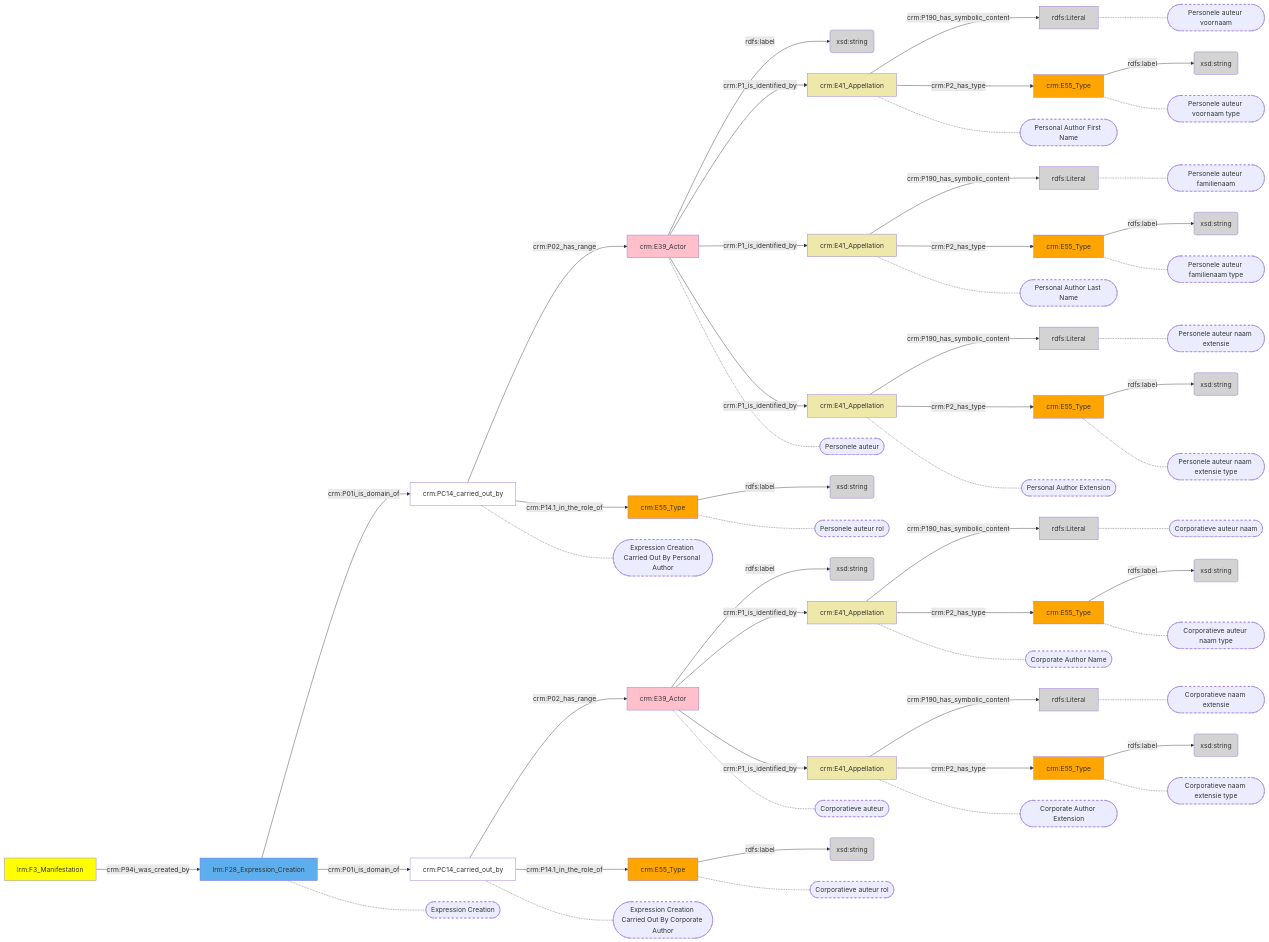
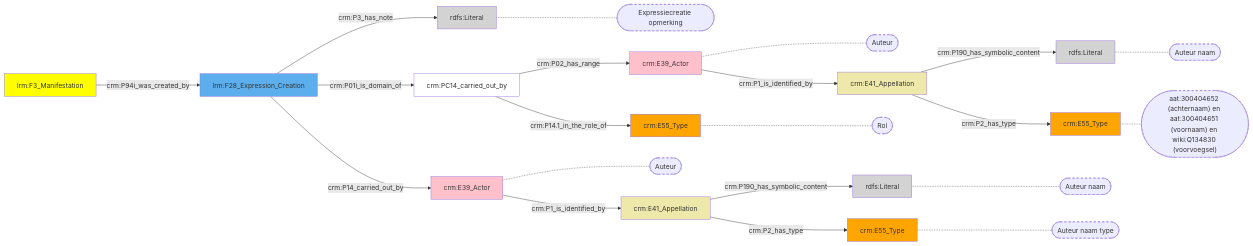
One commit to digipolisantwerpdocumentation/antwerp-cultureel-erfgoed changed the diagram in docs/content/modellen/BibliographicalManifestation/ExpressieCreatie.md. Above: the diagram before and after it, drawn with Mermaid. The commit also changed 170 other files, not shown here.

````diff
--- a/docs/content/modellen/BibliographicalManifestation/ExpressieCreatie.md
+++ b/docs/content/modellen/BibliographicalManifestation/ExpressieCreatie.md
@@ -1,110 +1,44 @@
 ```mermaid
 graph LR
-af0a4c36-8e9a-11ee-8f9d-96a6d245525a["crm:E41_Appellation"]-->|"crm:P190_has_symbolic_content"|af0a4cb8-8e9a-11ee-8f9d-96a6d245525a(rdfs:Literal)
-af0a4d1c-8e9a-11ee-8f9d-96a6d245525a["crm:E55_Type"]-->|"rdfs:label"|af0a4d94-8e9a-11ee-8f9d-96a6d245525a(xsd:string)
-af0a4df8-8e9a-11ee-8f9d-96a6d245525a["crm:E55_Type"]-->|"rdfs:label"|af0a4b96-8e9a-11ee-8f9d-96a6d245525a(xsd:string)
-af0a4e70-8e9a-11ee-8f9d-96a6d245525a["crm:E41_Appellation"]-->|"crm:P190_has_symbolic_content"|af0a4ed4-8e9a-11ee-8f9d-96a6d245525a(rdfs:Literal)
-af0a4f42-8e9a-11ee-8f9d-96a6d245525a["crm:E55_Type"]-->|"rdfs:label"|af0a4fb0-8e9a-11ee-8f9d-96a6d245525a(xsd:string)
-af0a508c-8e9a-11ee-8f9d-96a6d245525a["crm:E41_Appellation"]-->|"crm:P190_has_symbolic_content"|af0a50f0-8e9a-11ee-8f9d-96a6d245525a(rdfs:Literal)
-af0a515e-8e9a-11ee-8f9d-96a6d245525a["crm:E55_Type"]-->|"rdfs:label"|af0a51b8-8e9a-11ee-8f9d-96a6d245525a(xsd:string)
+style 17e0efec-8e93-11ee-8f9d-96a6d245525a fill:#ffff00
+style 3d7e775f-1848-11ef-a147-960002548b4f fill:#ffc0cb
+style 69462efa-1848-11ef-914b-960002548b4f fill:#EEE8AA
+style 69463102-1848-11ef-a693-960002548b4f fill:#ffa500
+style 69463232-1848-11ef-ae1a-960002548b4f fill:#D3D3D3
+style af0a497a-8e9a-11ee-8f9d-96a6d245525a fill:#5DAEEC
+style af0a4df8-8e9a-11ee-8f9d-96a6d245525a fill:#ffa500
+style af0a5226-8e9a-11ee-8f9d-96a6d245525a fill:#EEE8AA
+style af0a5294-8e9a-11ee-8f9d-96a6d245525a fill:#D3D3D3
+style af0a52ee-8e9a-11ee-8f9d-96a6d245525a fill:#ffa500
+style af0a53c0-8e9a-11ee-8f9d-96a6d245525a fill:#ffffff
+style af0a564a-8e9a-11ee-8f9d-96a6d245525a fill:#ffc0cb
+style c33ed099-18d5-11ef-9bf2-960002548b4f fill:#D3D3D3
+69462efa-1848-11ef-914b-960002548b4f["crm:E41_Appellation"]-->|"crm:P190_has_symbolic_content"|69463232-1848-11ef-ae1a-960002548b4f(rdfs:Literal)
+af0a497a-8e9a-11ee-8f9d-96a6d245525a["lrm:F28_Expression_Creation"]-->|"crm:P3_has_note"|c33ed099-18d5-11ef-9bf2-960002548b4f(rdfs:Literal)
 af0a5226-8e9a-11ee-8f9d-96a6d245525a["crm:E41_Appellation"]-->|"crm:P190_has_symbolic_content"|af0a5294-8e9a-11ee-8f9d-96a6d245525a(rdfs:Literal)
-af0a52ee-8e9a-11ee-8f9d-96a6d245525a["crm:E55_Type"]-->|"rdfs:label"|af0a5366-8e9a-11ee-8f9d-96a6d245525a(xsd:string)
-af0a542e-8e9a-11ee-8f9d-96a6d245525a["crm:E41_Appellation"]-->|"crm:P190_has_symbolic_content"|af0a54a6-8e9a-11ee-8f9d-96a6d245525a(rdfs:Literal)
-af0a550a-8e9a-11ee-8f9d-96a6d245525a["crm:E55_Type"]-->|"rdfs:label"|af0a5578-8e9a-11ee-8f9d-96a6d245525a(xsd:string)
-af0a564a-8e9a-11ee-8f9d-96a6d245525a["crm:E39_Actor"]-->|"rdfs:label"|af0a56ae-8e9a-11ee-8f9d-96a6d245525a(xsd:string)
-af0a5712-8e9a-11ee-8f9d-96a6d245525a["crm:E55_Type"]-->|"rdfs:label"|af0a55dc-8e9a-11ee-8f9d-96a6d245525a(xsd:string)
-af0a5780-8e9a-11ee-8f9d-96a6d245525a["crm:E39_Actor"]-->|"rdfs:label"|af0a501e-8e9a-11ee-8f9d-96a6d245525a(xsd:string)
-17e0efec-8e93-11ee-8f9d-96a6d245525a["lrm:F3_Manifestation"]-->|"crm:P94i_was_created_by"|af0a497a-8e9a-11ee-8f9d-96a6d245525a["lrm:F28_Expression_Creation"]
-af0a497a-8e9a-11ee-8f9d-96a6d245525a["lrm:F28_Expression_Creation"]-->|"crm:P01i_is_domain_of"|af0a53c0-8e9a-11ee-8f9d-96a6d245525a["crm:PC14_carried_out_by"]
-af0a497a-8e9a-11ee-8f9d-96a6d245525a["lrm:F28_Expression_Creation"]-->|"crm:P01i_is_domain_of"|af0a57da-8e9a-11ee-8f9d-96a6d245525a["crm:PC14_carried_out_by"]
-af0a4c36-8e9a-11ee-8f9d-96a6d245525a["crm:E41_Appellation"]-->|"crm:P2_has_type"|af0a4d1c-8e9a-11ee-8f9d-96a6d245525a["crm:E55_Type"]
-af0a4e70-8e9a-11ee-8f9d-96a6d245525a["crm:E41_Appellation"]-->|"crm:P2_has_type"|af0a4f42-8e9a-11ee-8f9d-96a6d245525a["crm:E55_Type"]
-af0a508c-8e9a-11ee-8f9d-96a6d245525a["crm:E41_Appellation"]-->|"crm:P2_has_type"|af0a515e-8e9a-11ee-8f9d-96a6d245525a["crm:E55_Type"]
-af0a5226-8e9a-11ee-8f9d-96a6d245525a["crm:E41_Appellation"]-->|"crm:P2_has_type"|af0a52ee-8e9a-11ee-8f9d-96a6d245525a["crm:E55_Type"]
-af0a53c0-8e9a-11ee-8f9d-96a6d245525a["crm:PC14_carried_out_by"]-->|"crm:P02_has_range"|af0a564a-8e9a-11ee-8f9d-96a6d245525a["crm:E39_Actor"]
-af0a53c0-8e9a-11ee-8f9d-96a6d245525a["crm:PC14_carried_out_by"]-->|"crm:P14.1_in_the_role_of"|af0a4df8-8e9a-11ee-8f9d-96a6d245525a["crm:E55_Type"]
-af0a542e-8e9a-11ee-8f9d-96a6d245525a["crm:E41_Appellation"]-->|"crm:P2_has_type"|af0a550a-8e9a-11ee-8f9d-96a6d245525a["crm:E55_Type"]
-af0a564a-8e9a-11ee-8f9d-96a6d245525a["crm:E39_Actor"]-->|"crm:P1_is_identified_by"|af0a4c36-8e9a-11ee-8f9d-96a6d245525a["crm:E41_Appellation"]
-af0a564a-8e9a-11ee-8f9d-96a6d245525a["crm:E39_Actor"]-->|"crm:P1_is_identified_by"|af0a508c-8e9a-11ee-8f9d-96a6d245525a["crm:E41_Appellation"]
-af0a564a-8e9a-11ee-8f9d-96a6d245525a["crm:E39_Actor"]-->|"crm:P1_is_identified_by"|af0a5226-8e9a-11ee-8f9d-96a6d245525a["crm:E41_Appellation"]
-af0a5780-8e9a-11ee-8f9d-96a6d245525a["crm:E39_Actor"]-->|"crm:P1_is_identified_by"|af0a4e70-8e9a-11ee-8f9d-96a6d245525a["crm:E41_Appellation"]
-af0a5780-8e9a-11ee-8f9d-96a6d245525a["crm:E39_Actor"]-->|"crm:P1_is_identified_by"|af0a542e-8e9a-11ee-8f9d-96a6d245525a["crm:E41_Appellation"]
-af0a57da-8e9a-11ee-8f9d-96a6d245525a["crm:PC14_carried_out_by"]-->|"crm:P02_has_range"|af0a5780-8e9a-11ee-8f9d-96a6d245525a["crm:E39_Actor"]
-af0a57da-8e9a-11ee-8f9d-96a6d245525a["crm:PC14_carried_out_by"]-->|"crm:P14.1_in_the_role_of"|af0a5712-8e9a-11ee-8f9d-96a6d245525a["crm:E55_Type"]
-af0a497a-8e9a-11ee-8f9d-96a6d245525a["lrm:F28_Expression_Creation"]-.-af0a497a-8e9a-11ee-8f9d-96a6d245525a_s(["Expression Creation"])
-af0a53c0-8e9a-11ee-8f9d-96a6d245525a["crm:PC14_carried_out_by"]-.-af0a53c0-8e9a-11ee-8f9d-96a6d245525a_s(["Expression Creation Carried Out By Personal Author"])
-af0a57da-8e9a-11ee-8f9d-96a6d245525a["crm:PC14_carried_out_by"]-.-af0a57da-8e9a-11ee-8f9d-96a6d245525a_s(["Expression Creation Carried Out By Corporate Author"])
-af0a4cb8-8e9a-11ee-8f9d-96a6d245525a["rdfs:Literal"]-.-af0a4cb8-8e9a-11ee-8f9d-96a6d245525a_s(["Personele auteur voornaam"])
-af0a4d1c-8e9a-11ee-8f9d-96a6d245525a["crm:E55_Type"]-.-af0a4d1c-8e9a-11ee-8f9d-96a6d245525a_s(["Personele auteur voornaam type"])
-af0a4ed4-8e9a-11ee-8f9d-96a6d245525a["rdfs:Literal"]-.-af0a4ed4-8e9a-11ee-8f9d-96a6d245525a_s(["Corporatieve auteur naam"])
-af0a4f42-8e9a-11ee-8f9d-96a6d245525a["crm:E55_Type"]-.-af0a4f42-8e9a-11ee-8f9d-96a6d245525a_s(["Corporatieve auteur naam type"])
-af0a50f0-8e9a-11ee-8f9d-96a6d245525a["rdfs:Literal"]-.-af0a50f0-8e9a-11ee-8f9d-96a6d245525a_s(["Personele auteur familienaam"])
-af0a515e-8e9a-11ee-8f9d-96a6d245525a["crm:E55_Type"]-.-af0a515e-8e9a-11ee-8f9d-96a6d245525a_s(["Personele auteur familienaam type"])
-af0a5294-8e9a-11ee-8f9d-96a6d245525a["rdfs:Literal"]-.-af0a5294-8e9a-11ee-8f9d-96a6d245525a_s(["Personele auteur naam extensie"])
-af0a52ee-8e9a-11ee-8f9d-96a6d245525a["crm:E55_Type"]-.-af0a52ee-8e9a-11ee-8f9d-96a6d245525a_s(["Personele auteur naam extensie type"])
-af0a564a-8e9a-11ee-8f9d-96a6d245525a["crm:E39_Actor"]-.-af0a564a-8e9a-11ee-8f9d-96a6d245525a_s(["Personele auteur"])
-af0a4df8-8e9a-11ee-8f9d-96a6d245525a["crm:E55_Type"]-.-af0a4df8-8e9a-11ee-8f9d-96a6d245525a_s(["Personele auteur rol"])
-af0a54a6-8e9a-11ee-8f9d-96a6d245525a["rdfs:Literal"]-.-af0a54a6-8e9a-11ee-8f9d-96a6d245525a_s(["Corporatieve naam extensie"])
-af0a550a-8e9a-11ee-8f9d-96a6d245525a["crm:E55_Type"]-.-af0a550a-8e9a-11ee-8f9d-96a6d245525a_s(["Corporatieve naam extensie type"])
-af0a4c36-8e9a-11ee-8f9d-96a6d245525a["crm:E41_Appellation"]-.-af0a4c36-8e9a-11ee-8f9d-96a6d245525a_s(["Personal Author First Name"])
-af0a508c-8e9a-11ee-8f9d-96a6d245525a["crm:E41_Appellation"]-.-af0a508c-8e9a-11ee-8f9d-96a6d245525a_s(["Personal Author Last Name"])
-af0a5226-8e9a-11ee-8f9d-96a6d245525a["crm:E41_Appellation"]-.-af0a5226-8e9a-11ee-8f9d-96a6d245525a_s(["Personal Author Extension"])
-af0a4e70-8e9a-11ee-8f9d-96a6d245525a["crm:E41_Appellation"]-.-af0a4e70-8e9a-11ee-8f9d-96a6d245525a_s(["Corporate Author Name"])
-af0a542e-8e9a-11ee-8f9d-96a6d245525a["crm:E41_Appellation"]-.-af0a542e-8e9a-11ee-8f9d-96a6d245525a_s(["Corporate Author Extension"])
-af0a5780-8e9a-11ee-8f9d-96a6d245525a["crm:E39_Actor"]-.-af0a5780-8e9a-11ee-8f9d-96a6d245525a_s(["Corporatieve auteur"])
-af0a5712-8e9a-11ee-8f9d-96a6d245525a["crm:E55_Type"]-.-af0a5712-8e9a-11ee-8f9d-96a6d245525a_s(["Corporatieve auteur rol"])
-style af0a497a-8e9a-11ee-8f9d-96a6d245525a_s stroke-dasharray: 5
-style af0a53c0-8e9a-11ee-8f9d-96a6d245525a_s stroke-dasharray: 5
-style af0a57da-8e9a-11ee-8f9d-96a6d245525a_s stroke-dasharray: 5
-style af0a4cb8-8e9a-11ee-8f9d-96a6d245525a_s stroke-dasharray: 5
-style af0a4d1c-8e9a-11ee-8f9d-96a6d245525a_s stroke-dasharray: 5
-style af0a4ed4-8e9a-11ee-8f9d-96a6d245525a_s stroke-dasharray: 5
-style af0a4f42-8e9a-11ee-8f9d-96a6d245525a_s stroke-dasharray: 5
-style af0a50f0-8e9a-11ee-8f9d-96a6d245525a_s stroke-dasharray: 5
-style af0a515e-8e9a-11ee-8f9d-96a6d245525a_s stroke-dasharray: 5
+69463232-1848-11ef-ae1a-960002548b4f["rdfs:Literal"]-.-69463232-1848-11ef-ae1a-960002548b4f_s(["Auteur naam"])
+69463102-1848-11ef-a693-960002548b4f["crm:E55_Type"]-.-69463102-1848-11ef-a693-960002548b4f_s(["Auteur naam type"])
+3d7e775f-1848-11ef-a147-960002548b4f["crm:E39_Actor"]-.-3d7e775f-1848-11ef-a147-960002548b4f_s(["Auteur"])
+c33ed099-18d5-11ef-9bf2-960002548b4f["rdfs:Literal"]-.-c33ed099-18d5-11ef-9bf2-960002548b4f_s(["Expressiecreatie opmerking"])
+af0a5294-8e9a-11ee-8f9d-96a6d245525a["rdfs:Literal"]-.-af0a5294-8e9a-11ee-8f9d-96a6d245525a_s(["Auteur naam"])
+af0a52ee-8e9a-11ee-8f9d-96a6d245525a["crm:E55_Type"]-.-af0a52ee-8e9a-11ee-8f9d-96a6d245525a_s(["aat:300404652 (achternaam) en aat:300404651 (voornaam) en wiki:Q134830 (voorvoegsel)"])
+af0a564a-8e9a-11ee-8f9d-96a6d245525a["crm:E39_Actor"]-.-af0a564a-8e9a-11ee-8f9d-96a6d245525a_s(["Auteur"])
+af0a4df8-8e9a-11ee-8f9d-96a6d245525a["crm:E55_Type"]-.-af0a4df8-8e9a-11ee-8f9d-96a6d245525a_s(["Rol"])
+style 69463232-1848-11ef-ae1a-960002548b4f_s stroke-dasharray: 5
+style 69463102-1848-11ef-a693-960002548b4f_s stroke-dasharray: 5
+style 3d7e775f-1848-11ef-a147-960002548b4f_s stroke-dasharray: 5
+style c33ed099-18d5-11ef-9bf2-960002548b4f_s stroke-dasharray: 5
 style af0a5294-8e9a-11ee-8f9d-96a6d245525a_s stroke-dasharray: 5
 style af0a52ee-8e9a-11ee-8f9d-96a6d245525a_s stroke-dasharray: 5
 style af0a564a-8e9a-11ee-8f9d-96a6d245525a_s stroke-dasharray: 5
 style af0a4df8-8e9a-11ee-8f9d-96a6d245525a_s stroke-dasharray: 5
-style af0a54a6-8e9a-11ee-8f9d-96a6d245525a_s stroke-dasharray: 5
-style af0a550a-8e9a-11ee-8f9d-96a6d245525a_s stroke-dasharray: 5
-style af0a4c36-8e9a-11ee-8f9d-96a6d245525a_s stroke-dasharray: 5
-style af0a508c-8e9a-11ee-8f9d-96a6d245525a_s stroke-dasharray: 5
-style af0a5226-8e9a-11ee-8f9d-96a6d245525a_s stroke-dasharray: 5
-style af0a4e70-8e9a-11ee-8f9d-96a6d245525a_s stroke-dasharray: 5
-style af0a542e-8e9a-11ee-8f9d-96a6d245525a_s stroke-dasharray: 5
-style af0a5780-8e9a-11ee-8f9d-96a6d245525a_s stroke-dasharray: 5
-style af0a5712-8e9a-11ee-8f9d-96a6d245525a_s stroke-dasharray: 5
-style 17e0efec-8e93-11ee-8f9d-96a6d245525a fill:#ffff00
-style af0a497a-8e9a-11ee-8f9d-96a6d245525a fill:#5DAEEC
-style af0a4b96-8e9a-11ee-8f9d-96a6d245525a fill:#D3D3D3
-style af0a4c36-8e9a-11ee-8f9d-96a6d245525a fill:#EEE8AA
-style af0a4cb8-8e9a-11ee-8f9d-96a6d245525a fill:#D3D3D3
-style af0a4d1c-8e9a-11ee-8f9d-96a6d245525a fill:#ffa500
-style af0a4d94-8e9a-11ee-8f9d-96a6d245525a fill:#D3D3D3
-style af0a4df8-8e9a-11ee-8f9d-96a6d245525a fill:#ffa500
-style af0a4e70-8e9a-11ee-8f9d-96a6d245525a fill:#EEE8AA
-style af0a4ed4-8e9a-11ee-8f9d-96a6d245525a fill:#D3D3D3
-style af0a4f42-8e9a-11ee-8f9d-96a6d245525a fill:#ffa500
-style af0a4fb0-8e9a-11ee-8f9d-96a6d245525a fill:#D3D3D3
-style af0a501e-8e9a-11ee-8f9d-96a6d245525a fill:#D3D3D3
-style af0a508c-8e9a-11ee-8f9d-96a6d245525a fill:#EEE8AA
-style af0a50f0-8e9a-11ee-8f9d-96a6d245525a fill:#D3D3D3
-style af0a515e-8e9a-11ee-8f9d-96a6d245525a fill:#ffa500
-style af0a51b8-8e9a-11ee-8f9d-96a6d245525a fill:#D3D3D3
-style af0a5226-8e9a-11ee-8f9d-96a6d245525a fill:#EEE8AA
-style af0a5294-8e9a-11ee-8f9d-96a6d245525a fill:#D3D3D3
-style af0a52ee-8e9a-11ee-8f9d-96a6d245525a fill:#ffa500
-style af0a5366-8e9a-11ee-8f9d-96a6d245525a fill:#D3D3D3
-style af0a53c0-8e9a-11ee-8f9d-96a6d245525a fill:#ffffff
-style af0a542e-8e9a-11ee-8f9d-96a6d245525a fill:#EEE8AA
-style af0a54a6-8e9a-11ee-8f9d-96a6d245525a fill:#D3D3D3
-style af0a550a-8e9a-11ee-8f9d-96a6d245525a fill:#ffa500
-style af0a5578-8e9a-11ee-8f9d-96a6d245525a fill:#D3D3D3
-style af0a55dc-8e9a-11ee-8f9d-96a6d245525a fill:#D3D3D3
-style af0a564a-8e9a-11ee-8f9d-96a6d245525a fill:#ffc0cb
-style af0a56ae-8e9a-11ee-8f9d-96a6d245525a fill:#D3D3D3
-style af0a5712-8e9a-11ee-8f9d-96a6d245525a fill:#ffa500
-style af0a5780-8e9a-11ee-8f9d-96a6d245525a fill:#ffc0cb
-style af0a57da-8e9a-11ee-8f9d-96a6d245525a fill:#ffffff
+17e0efec-8e93-11ee-8f9d-96a6d245525a["lrm:F3_Manifestation"]-->|"crm:P94i_was_created_by"|af0a497a-8e9a-11ee-8f9d-96a6d245525a["lrm:F28_Expression_Creation"]
+3d7e775f-1848-11ef-a147-960002548b4f["crm:E39_Actor"]-->|"crm:P1_is_identified_by"|69462efa-1848-11ef-914b-960002548b4f["crm:E41_Appellation"]
+69462efa-1848-11ef-914b-960002548b4f["crm:E41_Appellation"]-->|"crm:P2_has_type"|69463102-1848-11ef-a693-960002548b4f["crm:E55_Type"]
+af0a497a-8e9a-11ee-8f9d-96a6d245525a["lrm:F28_Expression_Creation"]-->|"crm:P01i_is_domain_of"|af0a53c0-8e9a-11ee-8f9d-96a6d245525a["crm:PC14_carried_out_by"]
+af0a497a-8e9a-11ee-8f9d-96a6d245525a["lrm:F28_Expression_Creation"]-->|"crm:P14_carried_out_by"|3d7e775f-1848-11ef-a147-960002548b4f["crm:E39_Actor"]
+af0a5226-8e9a-11ee-8f9d-96a6d245525a["crm:E41_Appellation"]-->|"crm:P2_has_type"|af0a52ee-8e9a-11ee-8f9d-96a6d245525a["crm:E55_Type"]
+af0a53c0-8e9a-11ee-8f9d-96a6d245525a["crm:PC14_carried_out_by"]-->|"crm:P02_has_range"|af0a564a-8e9a-11ee-8f9d-96a6d245525a["crm:E39_Actor"]
+af0a53c0-8e9a-11ee-8f9d-96a6d245525a["crm:PC14_carried_out_by"]-->|"crm:P14.1_in_the_role_of"|af0a4df8-8e9a-11ee-8f9d-96a6d245525a["crm:E55_Type"]
+af0a564a-8e9a-11ee-8f9d-96a6d245525a["crm:E39_Actor"]-->|"crm:P1_is_identified_by"|af0a5226-8e9a-11ee-8f9d-96a6d245525a["crm:E41_Appellation"]
 ```
````
